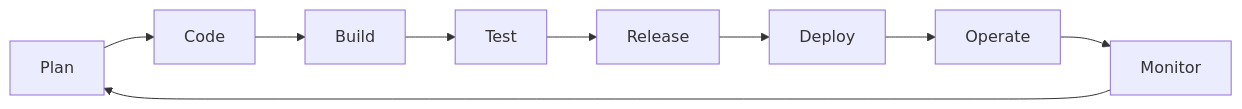
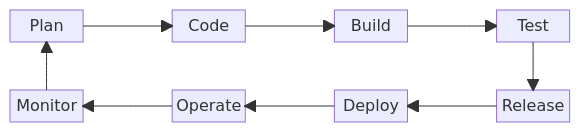
Before and after one commit to AnthonyFuFu/StudyNotes: the second of 3 diagrams in docs/engineering/cicd/devops-concepts.md, drawn with Mermaid. The commit also changed 43 other files, not shown here.

````diff
--- a/docs/engineering/cicd/devops-concepts.md
+++ b/docs/engineering/cicd/devops-concepts.md
@@ -19,5 +19,15 @@
 ``` mermaid
-flowchart LR
-    Plan --> Code --> Build --> Test --> Release
-    Release --> Deploy --> Operate --> Monitor --> Plan
+block-beta
+    columns 7
+    Plan space Code space Build space Test
+    space:7
+    Monitor space Operate space Deploy space Release
+    Plan --> Code
+    Code --> Build
+    Build --> Test
+    Test --> Release
+    Release --> Deploy
+    Deploy --> Operate
+    Operate --> Monitor
+    Monitor --> Plan
 ```
````
